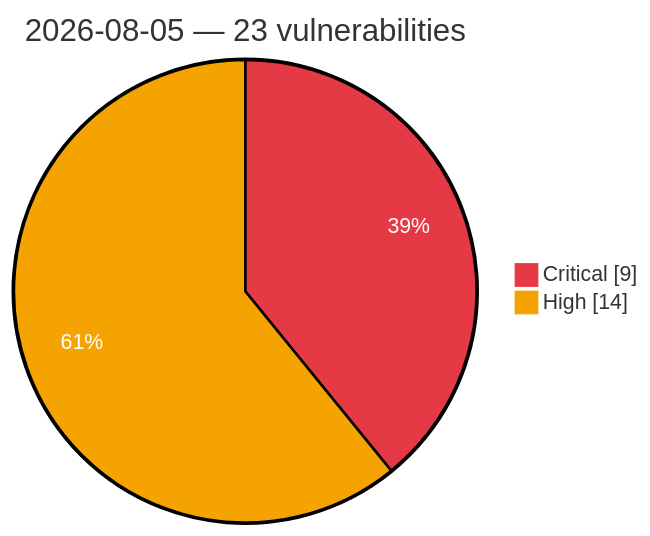
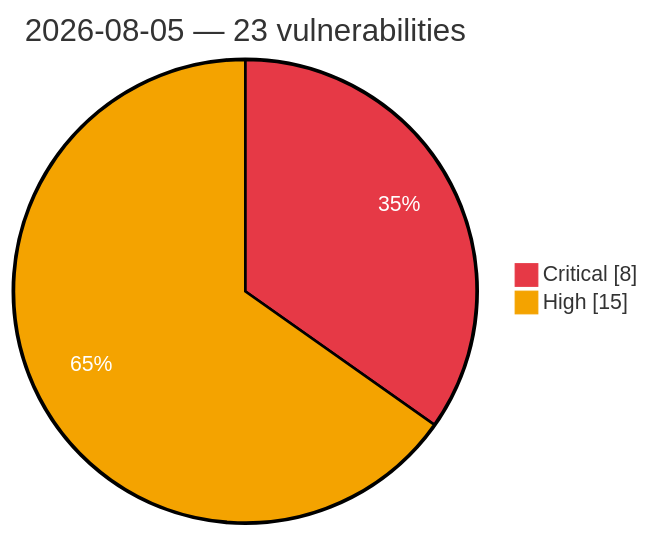
One commit to GhostX0X/vuln-tracker changed the diagram in vulnerabilities/2026-08-05.md. Above: the diagram before and after it, drawn with Mermaid. The commit also changed other lines of this file and 1 other file, not shown here.

Commit message:
Auto update: critical/high vulns (2026-08-05 17:10 UTC)

````diff
--- a/vulnerabilities/2026-08-05.md
+++ b/vulnerabilities/2026-08-05.md
@@ -3,7 +3,7 @@
 ```mermaid
 %%{init: {'theme':'base', 'themeVariables': {'pie1':'#e63946', 'pie2':'#f4a300', 'pieOpacity':'1', 'pieOuterStrokeWidth':'2px', 'pieSectionTextColor':'#ffffff'}}}%%
 pie showData
     title 2026-08-05 — 23 vulnerabilities
-    "Critical" : 9
-    "High" : 14
+    "Critical" : 8
+    "High" : 15
 ```
````
